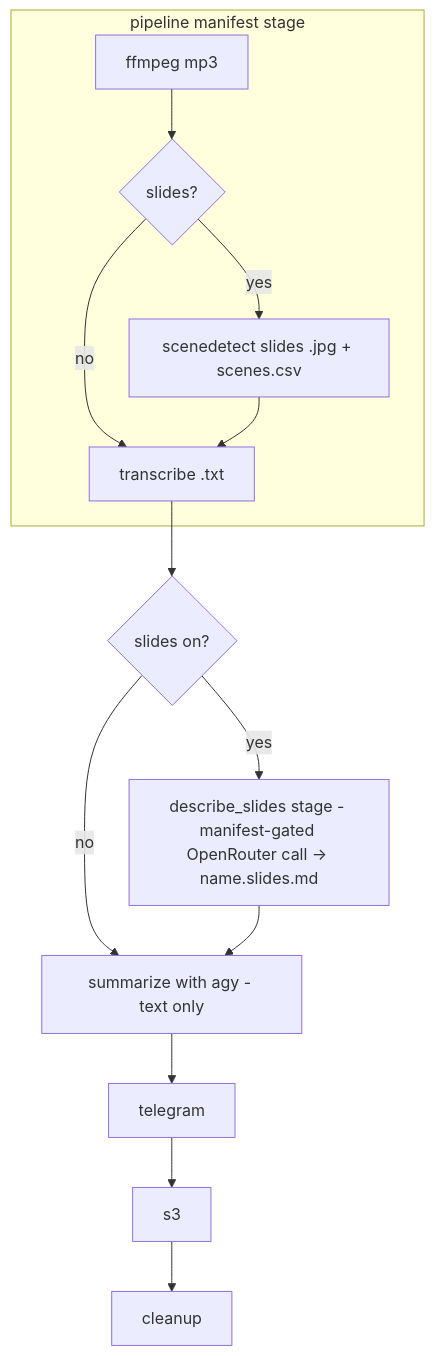
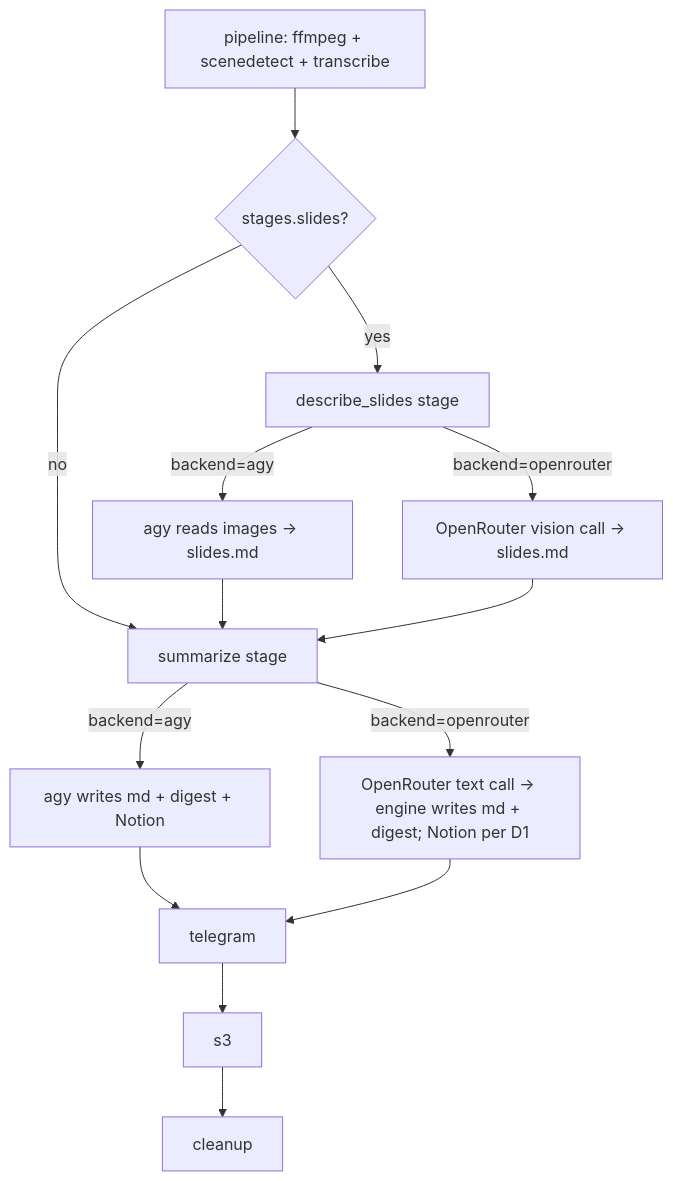
Before and after one commit to neurowitchers/transcriber: the diagram in docs/specs/slide-description-openrouter.md, drawn with Mermaid. The commit also changed other lines of this file, not shown here.

First line of the commit message:
docs: Update slide description spec for OpenRouter

````diff
--- a/docs/specs/slide-description-openrouter.md
+++ b/docs/specs/slide-description-openrouter.md
@@ -176,14 +205,14 @@
 ```mermaid
 flowchart TD
-    subgraph pipeline_stage[pipeline manifest stage]
-        A[ffmpeg mp3] --> C{slides?}
-        C -- yes --> S[scenedetect slides .jpg + scenes.csv]
-        C -- no --> D[transcribe .txt]
-        S --> D
-    end
-    D --> E{slides on?}
-    E -- yes --> F[describe_slides stage - manifest-gated OpenRouter call -> name.slides.md]
-    E -- no --> G[summarize with agy - text only]
-    F --> G
-    G --> H[telegram] --> I[s3] --> J[cleanup]
+    P[pipeline: ffmpeg + scenedetect + transcribe] --> Q{stages.slides?}
+    Q -- yes --> DS[describe_slides stage]
+    Q -- no --> SUM[summarize stage]
+    DS -->|backend=agy| DA[agy reads images -> slides.md]
+    DS -->|backend=openrouter| DO[OpenRouter vision call -> slides.md]
+    DA --> SUM
+    DO --> SUM
+    SUM -->|backend=agy| SA[agy writes md + digest + Notion]
+    SUM -->|backend=openrouter| SO[OpenRouter text call -> engine writes md + digest; Notion per D1]
+    SA --> T[telegram] --> S3[s3] --> CL[cleanup]
+    SO --> T
 ```
````
